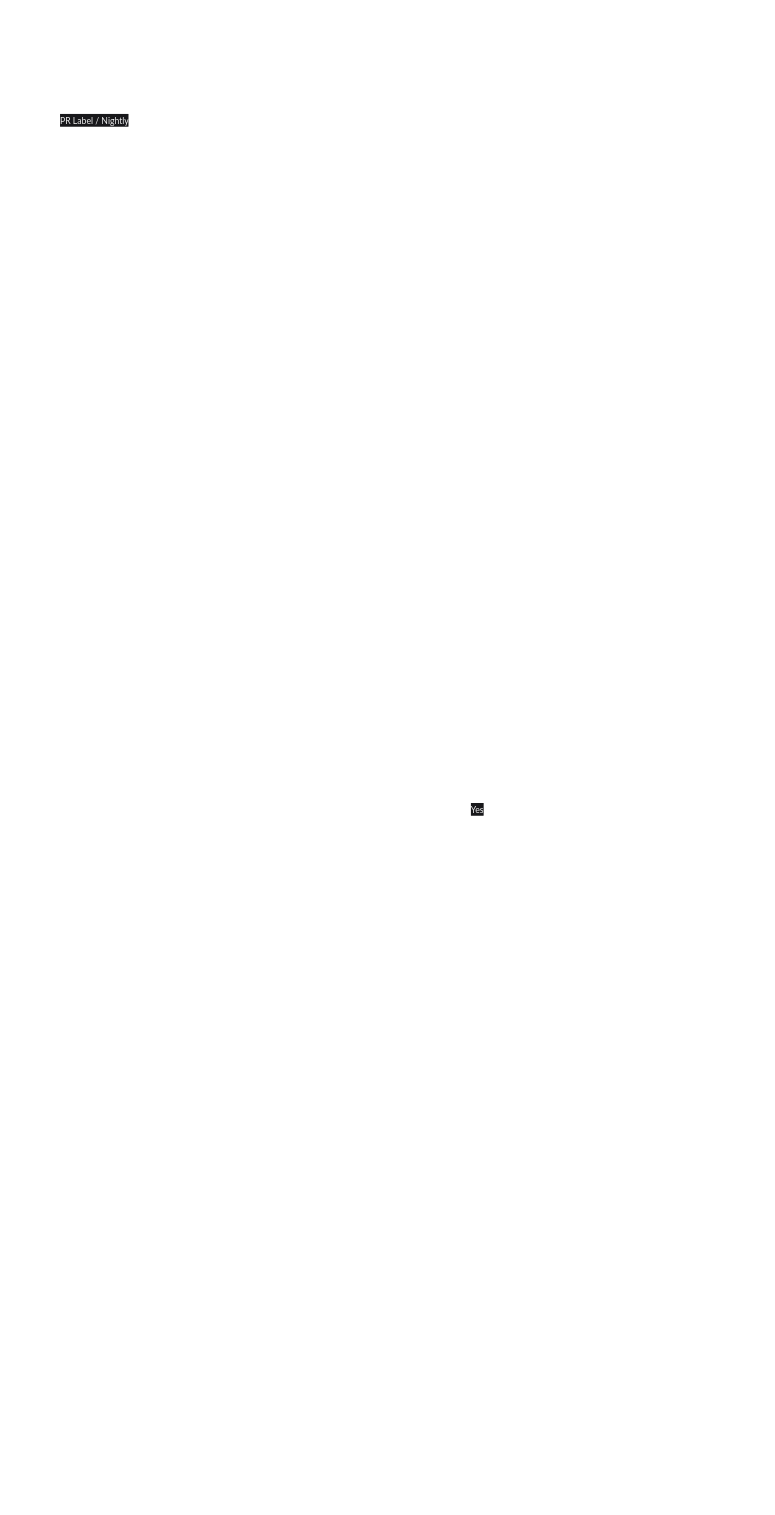
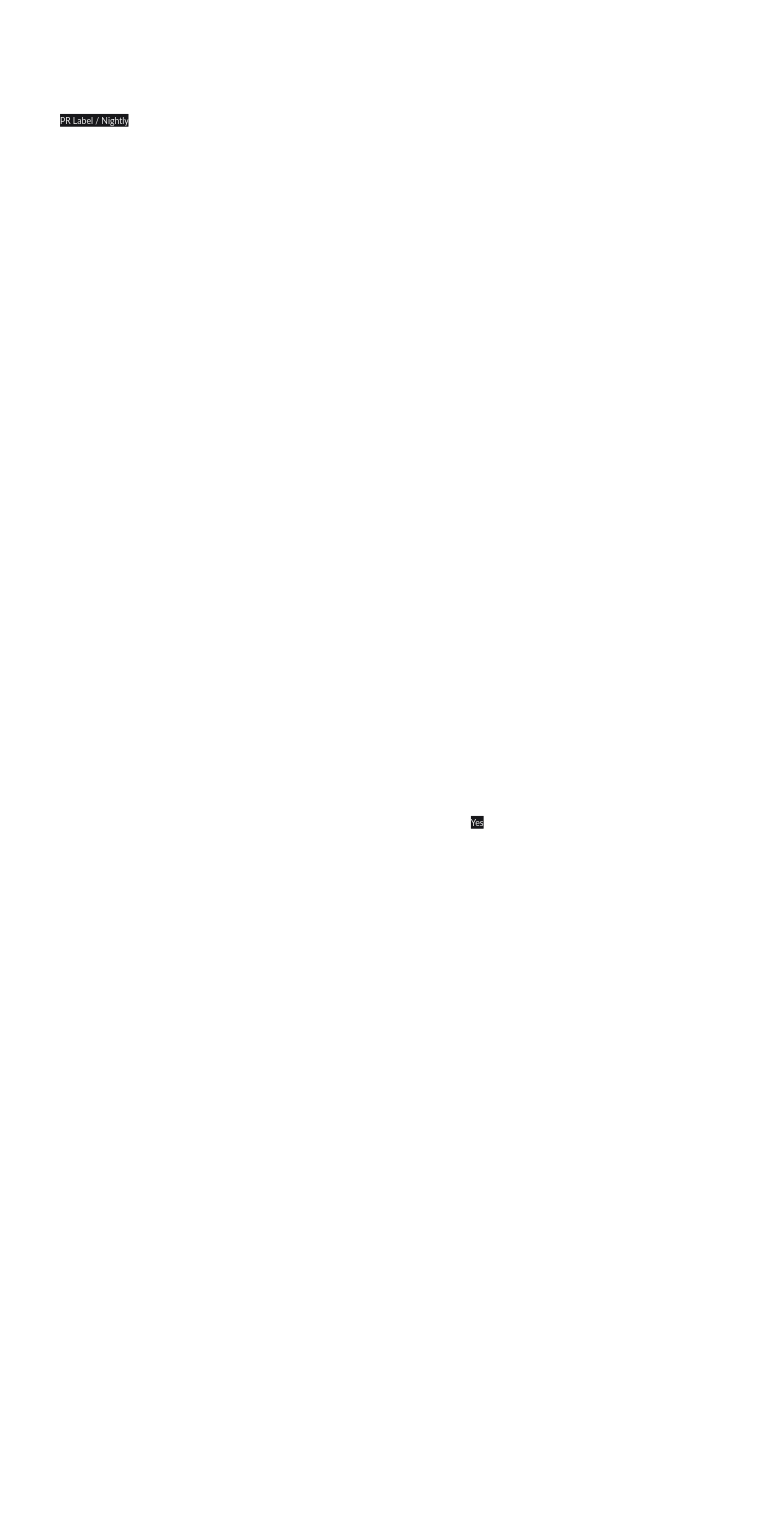
The ninth of 11 diagrams in docs/FINAL_EVALUATION.md (shanelperera-exe/harbor), drawn with Mermaid before and after one commit. The commit also changed other lines of this file, not shown here.

Commit message:
docs(testing): update Section 7 and CI/CD docs with actual verified test execution and ReportGenerator coverage metrics

````diff
--- a/docs/FINAL_EVALUATION.md
+++ b/docs/FINAL_EVALUATION.md
@@ -1337,78 +1337,78 @@
 ```mermaid
 %%{init: {
   'theme': 'base',
   'themeVariables': {
     'fontFamily': 'Courier New, monospace',
     'darkMode': true,
     'background': '#18181b',
     'mainBkg': 'transparent',
     'nodeBorder': '#ffffff',
     'nodeTextColor': '#ffffff',
     'lineColor': '#ffffff',
     'edgeLabelBackground': '#18181b',
     'clusterBkg': 'transparent',
     'clusterBorder': '#ffffff',
     'titleColor': '#ffffff',
     'textColor': '#ffffff'
   }
 }}%%
 flowchart TD
     classDef box fill:transparent,stroke:#ffffff,stroke-width:1.5px,color:#ffffff,font-family:Courier New, monospace;
 
     subgraph TriggerStage["1. Trigger & Ingestion Stage"]
         DevPush["Developer Push / Pull Request\n(feature/*, develop, main)"]:::box
     end
 
     subgraph CIStage["2. Continuous Integration (ci.yml)"]
         subgraph ParallelBuild["Concurrent Compilation"]
             BuildFE["Job 1: Build Frontend\n- Node.js 24 + npm ci\n- Vite build: harbor-web & admin"]:::box
             BuildBE["Job 2: Build Backend\n- .NET 10 SDK + NuGet Restore\n- dotnet build -c Release"]:::box
         end
 
         subgraph ServiceContainers["CI Backing Services (Docker Engine)"]
             PG_CI["PostgreSQL 16 Alpine\n(Port 5432)"]:::box
             Redis_CI["Redis 7 Alpine\n(Port 6379)"]:::box
             Kafka_CI["Apache Kafka 3.7 (KRaft)\n(Port 9092)"]:::box
         end
 
-        JobTest["Job 3: Unit & Integration Tests\n- xUnit + Moq + Testcontainers\n- 463 test cases executed\n- Upload TRX Test Artifacts"]:::box
+        JobTest["Job 3: Unit & Integration Tests\n- xUnit + Moq + Testcontainers\n- 1,100 test cases executed (920 unit + 180 integration)\n- Upload TRX Test Artifacts"]:::box
     end
 
     subgraph E2EStage["3. Browser Regression Suite (e2e.yml)"]
         SeleniumE2E["Decoupled E2E Automation\n- Ephemeral Containers & Dev Server\n- Headless Chrome + Selenium POM\n- Nightly / Label: 'run-e2e'"]:::box
     end
 
     subgraph CDStage["4. Continuous Deployment (cd.yml)"]
         MergeMain{"Merged to 'main' branch\nand CI Succeeded?"}:::box
 
         subgraph DeployBackend["Job 1: Deploy Internal Microservices (Matrix)"]
             DeployAuth["harbor-auth-api"]:::box
             DeployProj["harbor-project-api"]:::box
             DeployEnv["harbor-env-api"]:::box
             DeployDep["harbor-deploy-api"]:::box
             DeployRep["harbor-report-api"]:::box
         end
 
         JobGateway["Job 2: Deploy API Gateway\n- harbor-api-gateway (External Ingress :8080)\n- Wire internal ACA reverse proxy addresses\n- Health probe verification"]:::box
 
         subgraph DeployFrontends["Job 3: Deploy Frontend SPAs (Matrix)"]
             DeployWebUI["harbor-web-ui\n(Custom Domain: harborapp.tech)"]:::box
             DeployAdminUI["harbor-admin-ui\n(Custom Domain: admin.harborapp.tech)"]:::box
         end
 
         JobObservability["Job 4: Deploy Observability\n- Prometheus & Grafana stack"]:::box
     end
 
     DevPush --> ParallelBuild
     BuildBE --> JobTest
     ServiceContainers -.-> JobTest
 
     DevPush -.->|PR Label / Nightly| SeleniumE2E
 
     BuildFE --> MergeMain
     JobTest --> MergeMain
     MergeMain -->|Yes| DeployBackend
     DeployBackend --> JobGateway
     JobGateway --> DeployFrontends
     DeployBackend --> JobObservability
 ```
````
